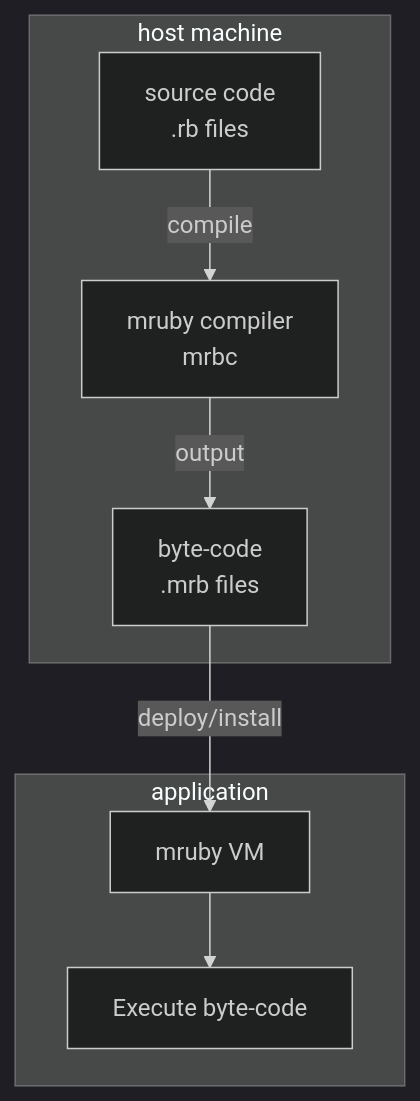
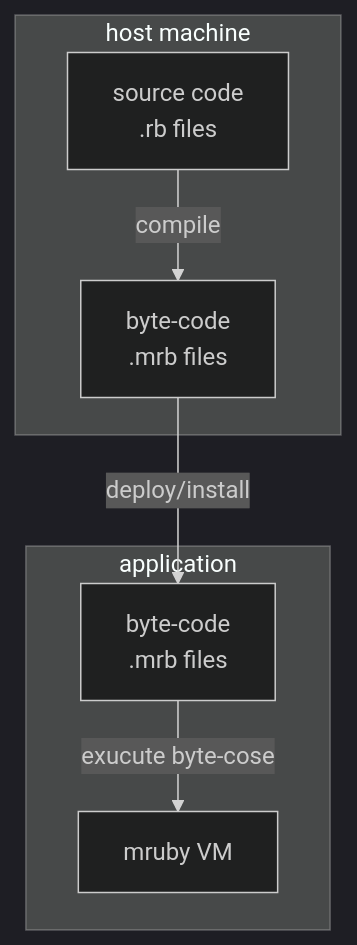
Before and after one commit to hadashiA/MRubyCS: the diagram in README.md, drawn with Mermaid (dark theme).

````diff
--- a/README.md
+++ b/README.md
@@ -482,20 +482,18 @@
 ```mermaid
 graph TB
     subgraph host["host machine"]
         A[source code<br/>.rb files] 
-        B[mruby compiler<br/>mrbc]
         C[byte-code<br/>.mrb files]
         
-        A -->|compile| B
-        B -->|output| C
+        A -->|compile| C
     end
+
+    C -->|deploy/install| E
     
     subgraph application["application"]
         D[mruby VM]
-        E[Execute byte-code]
+        E[byte-code<br>.mrb files]
         
-        D --> E
+        E -->|exucute byte-cose| D
     end
-    
-    C -->|deploy/install| D
 ```
````
